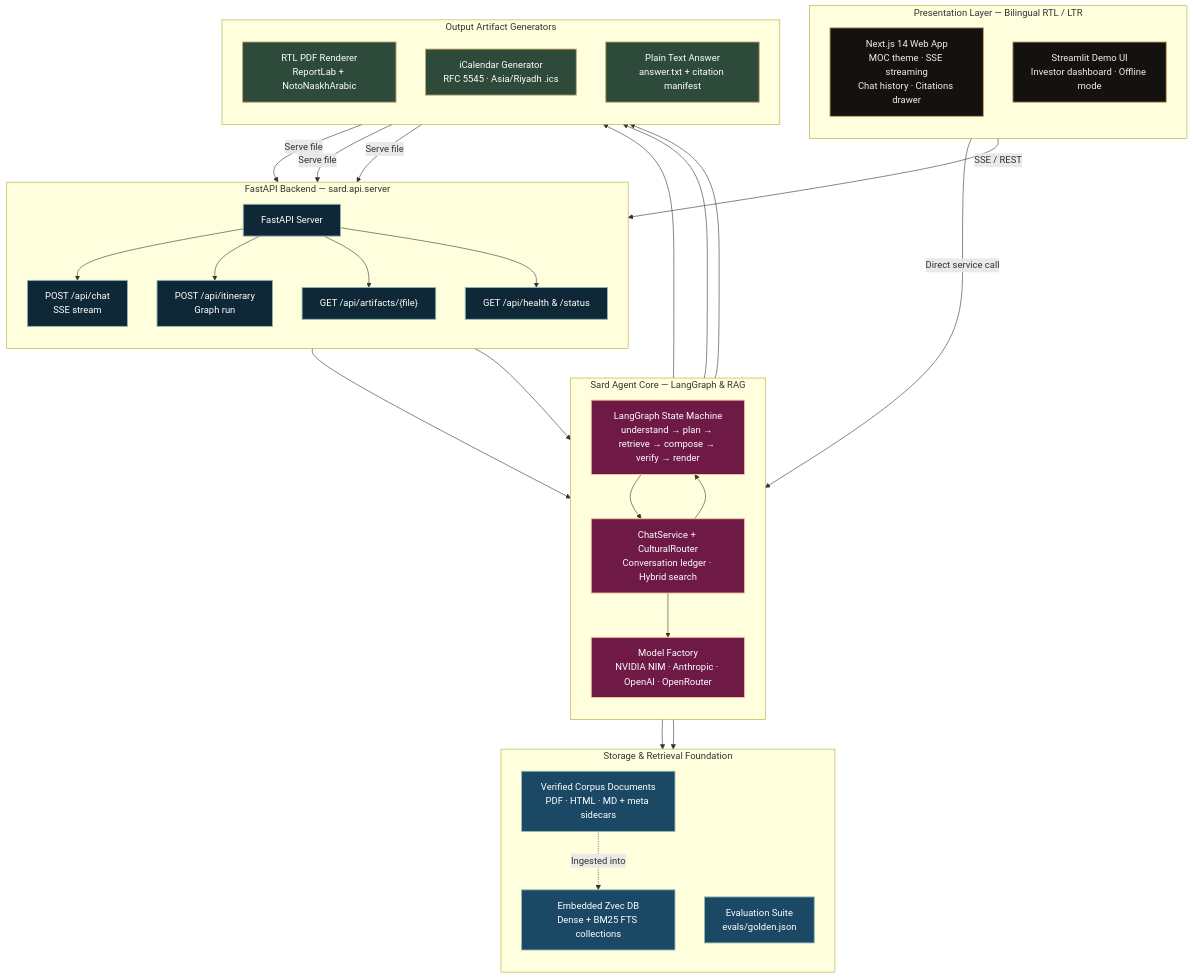
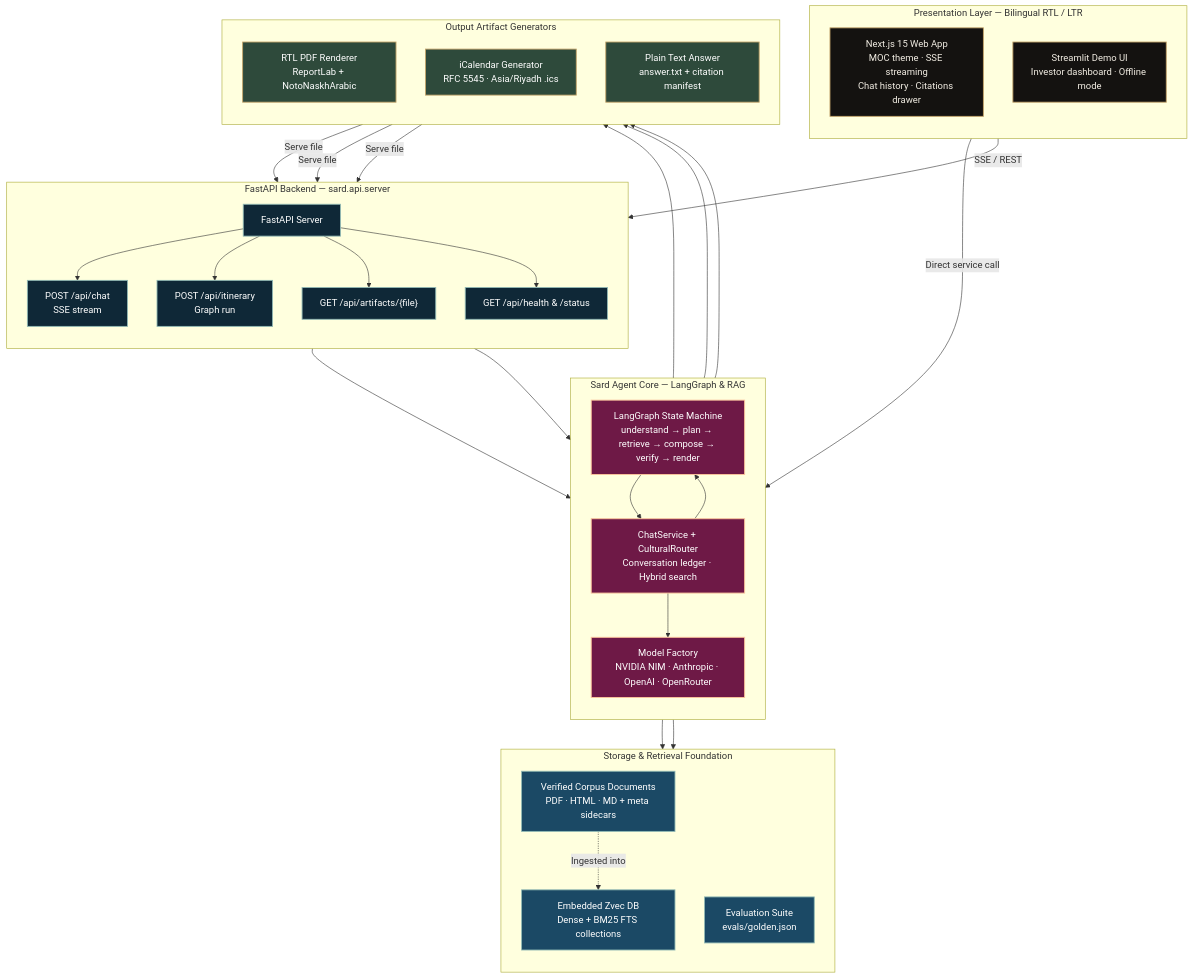
The third of 3 diagrams in README.md (NBTON/Sard), drawn with Mermaid before and after one commit. The commit also changed other lines of this file and 92 other files, not shown here.

````diff
--- a/README.md
+++ b/README.md
@@ -140,72 +140,72 @@
 ```mermaid
 %% Sard End-to-End Architecture — Presentation → API → Agent Core → Storage / Outputs
 flowchart TB
 
     subgraph FE ["Presentation Layer — Bilingual RTL / LTR"]
         direction TB
-        NextJS["Next.js 14 Web App<br/>MOC theme · SSE streaming<br/>Chat history · Citations drawer"]
+        NextJS["Next.js 15 Web App<br/>MOC theme · SSE streaming<br/>Chat history · Citations drawer"]
         StreamlitApp["Streamlit Demo UI<br/>Investor dashboard · Offline mode"]
     end
 
     subgraph API ["FastAPI Backend — sard.api.server"]
         direction TB
         Server["FastAPI Server"]
         ChatSSE["POST /api/chat<br/>SSE stream"]
         ItinEP["POST /api/itinerary<br/>Graph run"]
         ArtEP["GET /api/artifacts/{file}"]
         HealthEP["GET /api/health & /status"]
         Server --> ChatSSE
         Server --> ItinEP
         Server --> ArtEP
         Server --> HealthEP
     end
 
     subgraph CORE ["Sard Agent Core — LangGraph & RAG"]
         direction TB
         GraphEngine["LangGraph State Machine<br/>understand → plan → retrieve → compose → verify → render"]
         ChatService["ChatService + CulturalRouter<br/>Conversation ledger · Hybrid search"]
         ModelFactory["Model Factory<br/>NVIDIA NIM · Anthropic · OpenAI · OpenRouter"]
         ChatService --> GraphEngine
         GraphEngine --> ChatService
         ChatService --> ModelFactory
     end
 
     subgraph STORE ["Storage & Retrieval Foundation"]
         direction TB
         ZvecDB["Embedded Zvec DB<br/>Dense + BM25 FTS collections"]
         CorpusDocs["Verified Corpus Documents<br/>PDF · HTML · MD + meta sidecars"]
         EvalGolden["Evaluation Suite<br/>evals/golden.json"]
     end
 
     subgraph OUT ["Output Artifact Generators"]
         direction TB
         PDFGen["RTL PDF Renderer<br/>ReportLab + NotoNaskhArabic"]
         ICSGen["iCalendar Generator<br/>RFC 5545 · Asia/Riyadh .ics"]
         RawGen["Plain Text Answer<br/>answer.txt + citation manifest"]
     end
 
     NextJS -- "SSE / REST" --> Server
     StreamlitApp -- "Direct service call" --> GraphEngine
     ChatSSE --> ChatService
     ItinEP --> GraphEngine
     ChatService --> ZvecDB
     GraphEngine --> ZvecDB
     CorpusDocs -. "Ingested into" .-> ZvecDB
     GraphEngine --> PDFGen
     GraphEngine --> ICSGen
     GraphEngine --> RawGen
     PDFGen -- "Serve file" --> ArtEP
     ICSGen -- "Serve file" --> ArtEP
     RawGen -- "Serve file" --> ArtEP
 
     classDef fe fill:#141210,stroke:#C4A46A,stroke-width:1.5px,color:#F3EEE4;
     classDef api fill:#0F2837,stroke:#91B9B4,stroke-width:1.5px,color:#FFFFFF;
     classDef core fill:#6E1946,stroke:#FAC39B,stroke-width:1.6px,color:#FFFFFF;
     classDef store fill:#1B4965,stroke:#91B9B4,stroke-width:1.5px,color:#FFFFFF;
     classDef out fill:#2E4A3B,stroke:#C4A46A,stroke-width:1.5px,color:#FFFFFF;
     class NextJS,StreamlitApp fe;
     class Server,ChatSSE,ItinEP,ArtEP,HealthEP api;
     class GraphEngine,ChatService,ModelFactory core;
     class ZvecDB,CorpusDocs,EvalGolden store;
     class PDFGen,ICSGen,RawGen out;
 ```
````
